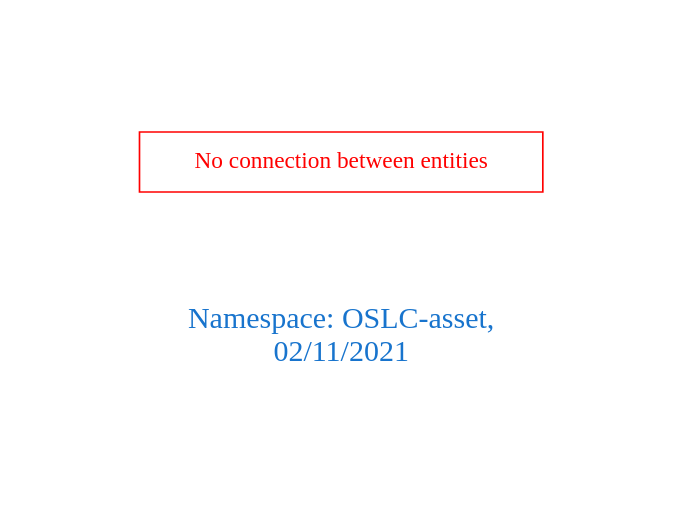
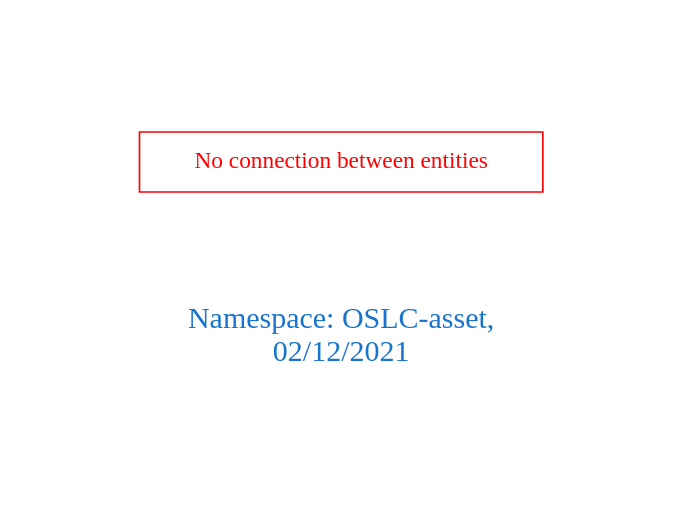
One commit to arago/OGIT changed the diagram in downloads/OSLC-asset.dot. Above: the diagram before and after it, drawn with Graphviz. The commit also changed 1844 other files, not shown here.

```diff
--- a/downloads/OSLC-asset.dot
+++ b/downloads/OSLC-asset.dot
@@ -1,9 +1,9 @@
 digraph OGIT_ontology {
  graph [ rankdir= LR,pad=1 
 fontsize = 18,
-fontcolor= dodgerblue3,label = "\n\n\nNamespace: OSLC-asset, \n 02/11/2021"];
+fontcolor= dodgerblue3,label = "\n\n\nNamespace: OSLC-asset, \n 02/12/2021"];
 node[shape=polygon];
 edge [  color="gray81"];
 
 "No connection between entities" [fontcolor = "red",color="red", shape="polygon"]
 }
```
